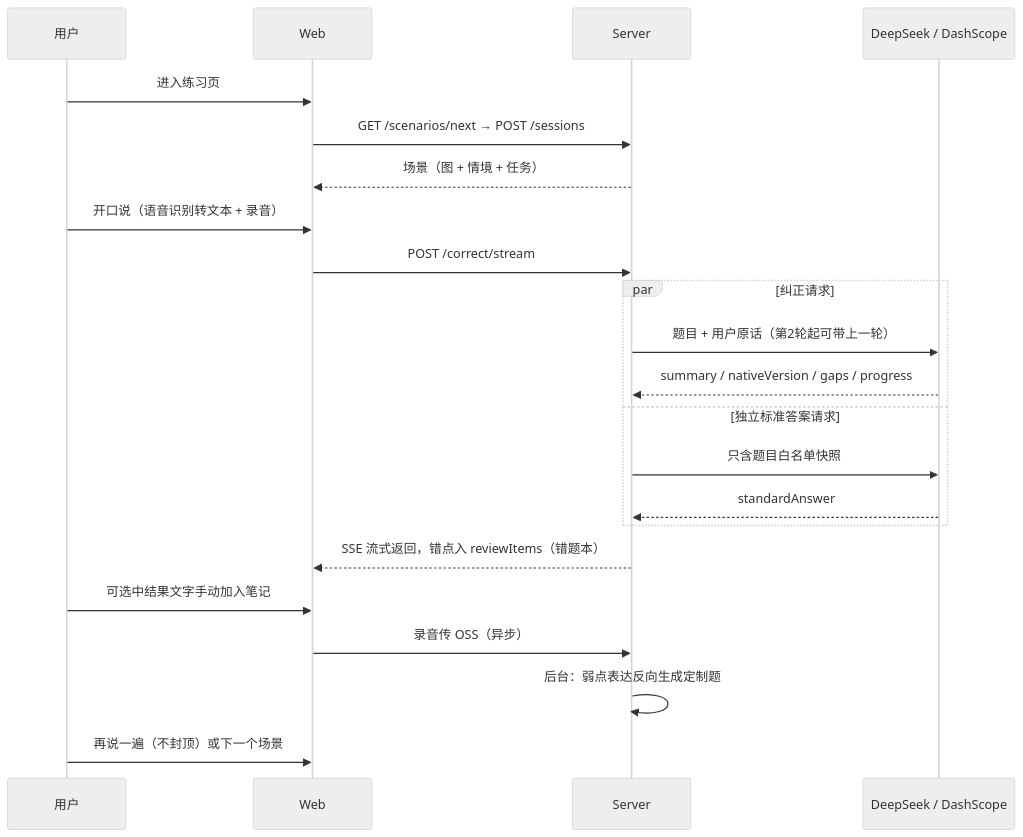
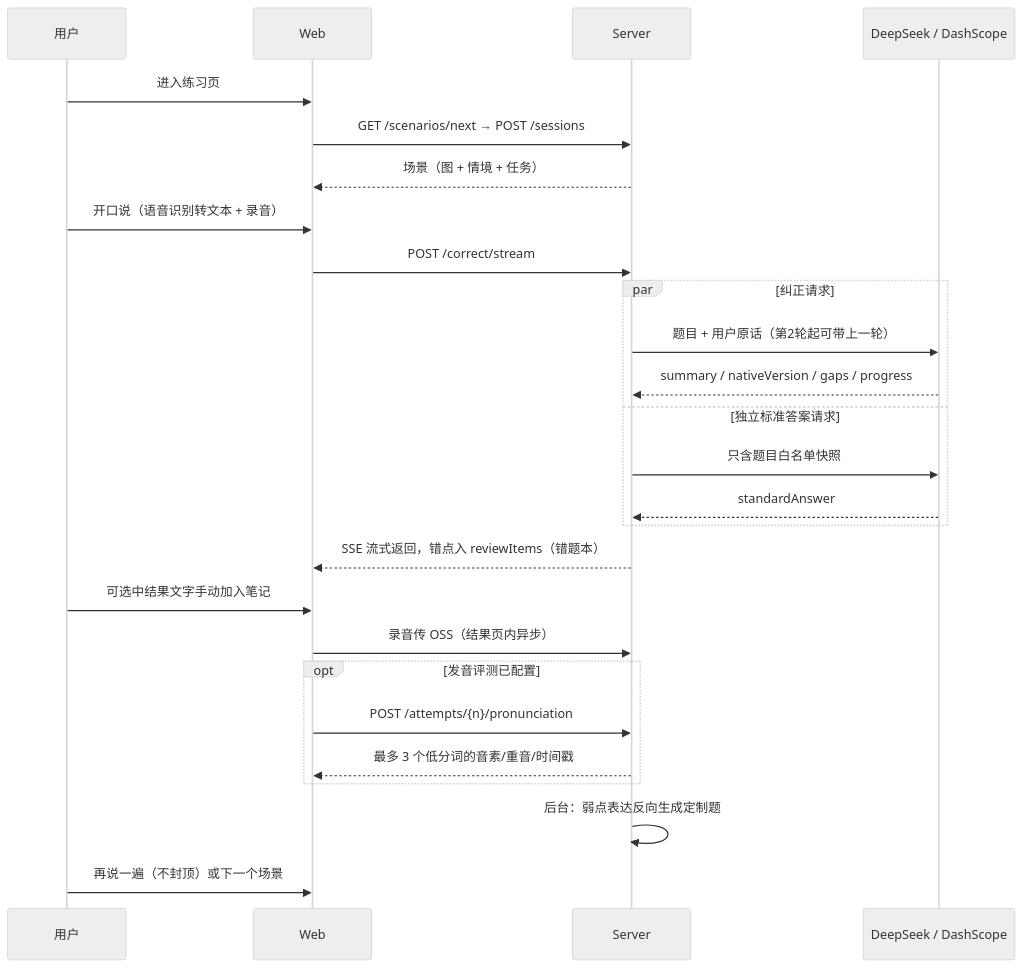
Before and after one commit to makewheels/speakup: the second of 2 diagrams in docs/README.md, drawn with Mermaid (neutral theme). The commit also changed other lines of this file and 37 other files, not shown here.

````diff
--- a/docs/README.md
+++ b/docs/README.md
@@ -97,24 +98,28 @@
 ```mermaid
 sequenceDiagram
     participant U as 用户
     participant W as Web
     participant S as Server
     participant Q as DeepSeek / DashScope
     U->>W: 进入练习页
     W->>S: GET /scenarios/next → POST /sessions
     S-->>W: 场景（图 + 情境 + 任务）
     U->>W: 开口说（语音识别转文本 + 录音）
     W->>S: POST /correct/stream
     par 纠正请求
         S->>Q: 题目 + 用户原话（第2轮起可带上一轮）
         Q-->>S: summary / nativeVersion / gaps / progress
     and 独立标准答案请求
         S->>Q: 只含题目白名单快照
         Q-->>S: standardAnswer
     end
     S-->>W: SSE 流式返回，错点入 reviewItems（错题本）
     U->>W: 可选中结果文字手动加入笔记
-    W->>S: 录音传 OSS（异步）
+    W->>S: 录音传 OSS（结果页内异步）
+    opt 发音评测已配置
+        W->>S: POST /attempts/{n}/pronunciation
+        S-->>W: 最多 3 个低分词的音素/重音/时间戳
+    end
     S->>S: 后台：弱点表达反向生成定制题
     U->>W: 再说一遍（不封顶）或下一个场景
 ```
````
